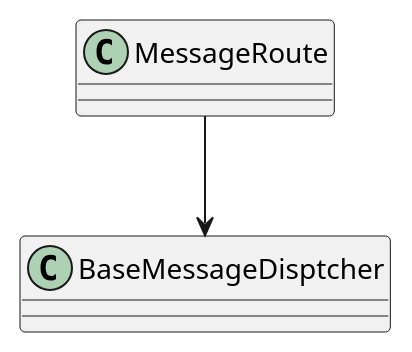
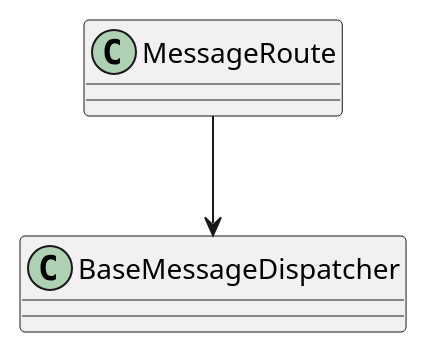
Before and after one commit to 23michael45/MiniProtobufFramework: the third of 6 diagrams in Doc/ServerClassDiagram.md, drawn with PlantUML. The commit also changed other lines of this file and 6 other files, not shown here.

```diff
--- a/Doc/ServerClassDiagram.md
+++ b/Doc/ServerClassDiagram.md
@@ -13,5 +13,5 @@
 @startuml
 class MessageRoute
-class BaseMessageDisptcher
-MessageRoute --> BaseMessageDisptcher
+class BaseMessageDispatcher
+MessageRoute --> BaseMessageDispatcher
 @enduml
```
